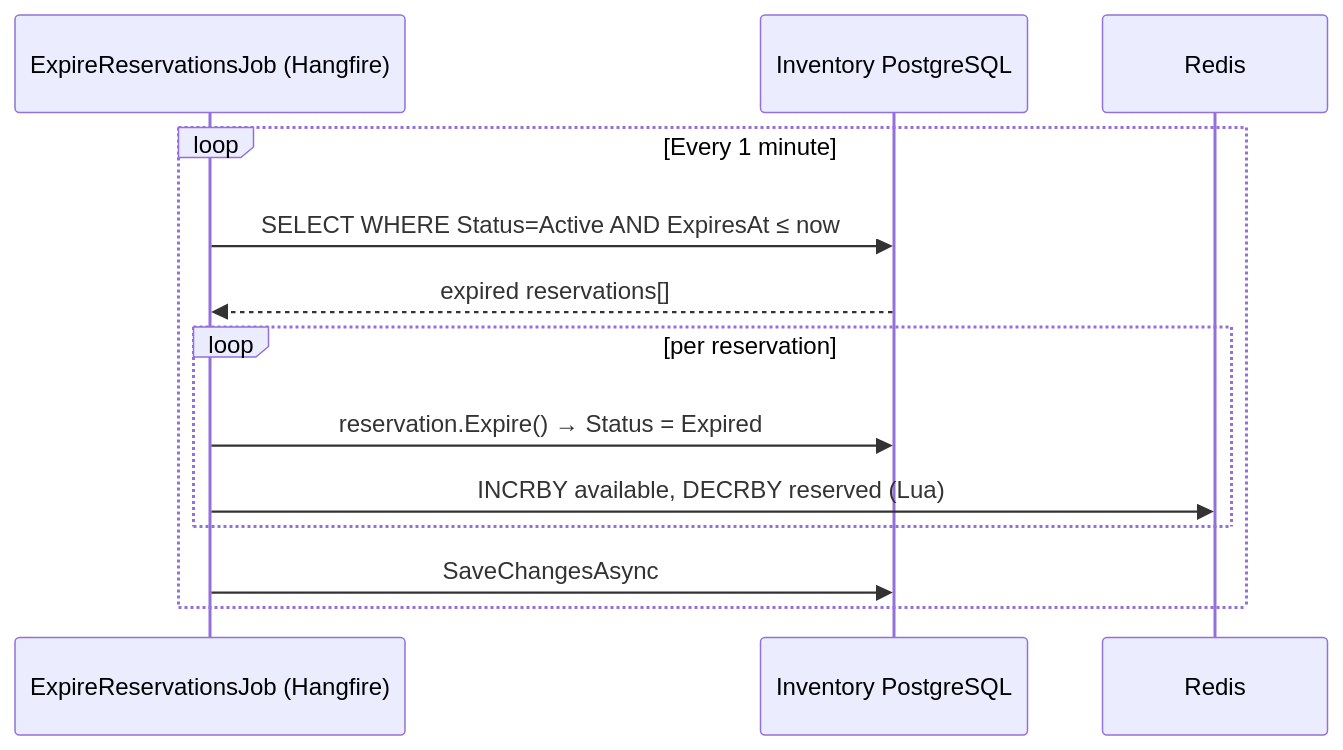
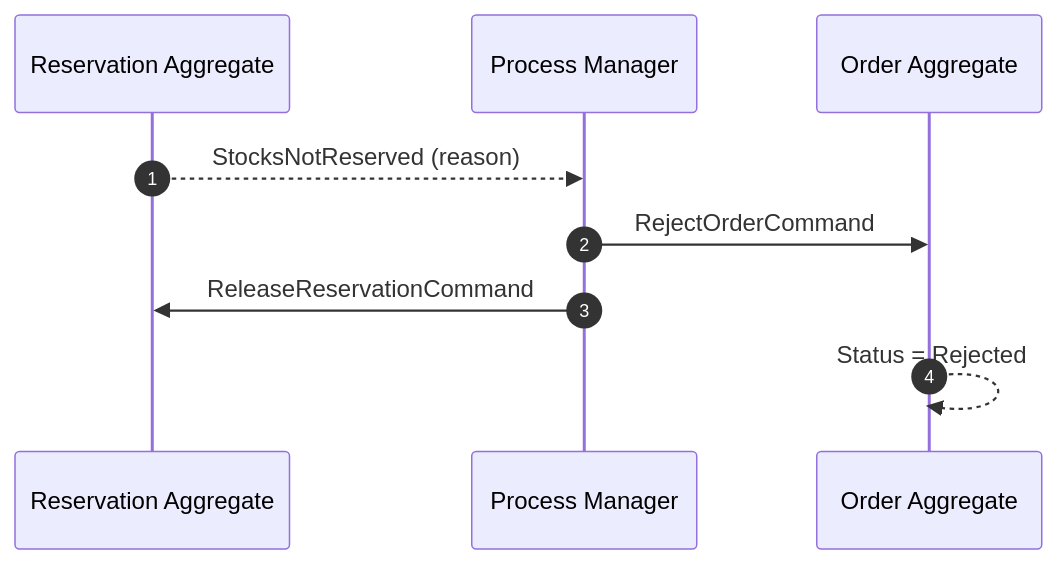
Before and after one commit to mnnam1302/EShop: the eighth of 8 diagrams in Order/src/EShop.Order.API/README.md, drawn with Mermaid. The commit also changed other lines of this file and 3 other files, not shown here.

````diff
--- a/Order/src/EShop.Order.API/README.md
+++ b/Order/src/EShop.Order.API/README.md
@@ -334,18 +212,12 @@
 ```mermaid
 sequenceDiagram
-    participant Hangfire as ExpireReservationsJob (Hangfire)
-    participant InvDB as Inventory PostgreSQL
-    participant Redis as Redis
+    autonumber
+    participant RA as Reservation Aggregate
+    participant PM as Process Manager
+    participant OA as Order Aggregate
 
-    loop Every 1 minute
-        Hangfire->>InvDB: SELECT WHERE Status=Active AND ExpiresAt ≤ now
-        InvDB-->>Hangfire: expired reservations[]
-
-        loop per reservation
-            Hangfire->>InvDB: reservation.Expire() → Status = Expired
-            Hangfire->>Redis: INCRBY available, DECRBY reserved (Lua)
-        end
-
-        Hangfire->>InvDB: SaveChangesAsync
-    end
+    RA-->>PM: StocksNotReserved (reason)
+    PM->>OA: RejectOrderCommand
+    PM->>RA: ReleaseReservationCommand
+    OA-->>OA: Status = Rejected
 ```
````
